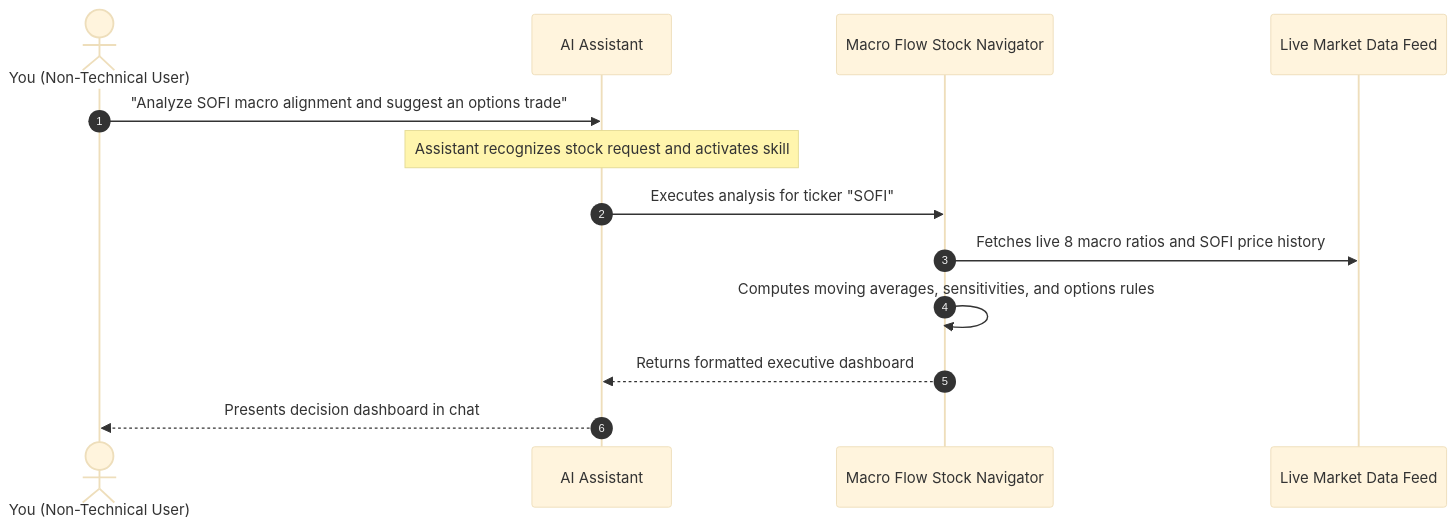
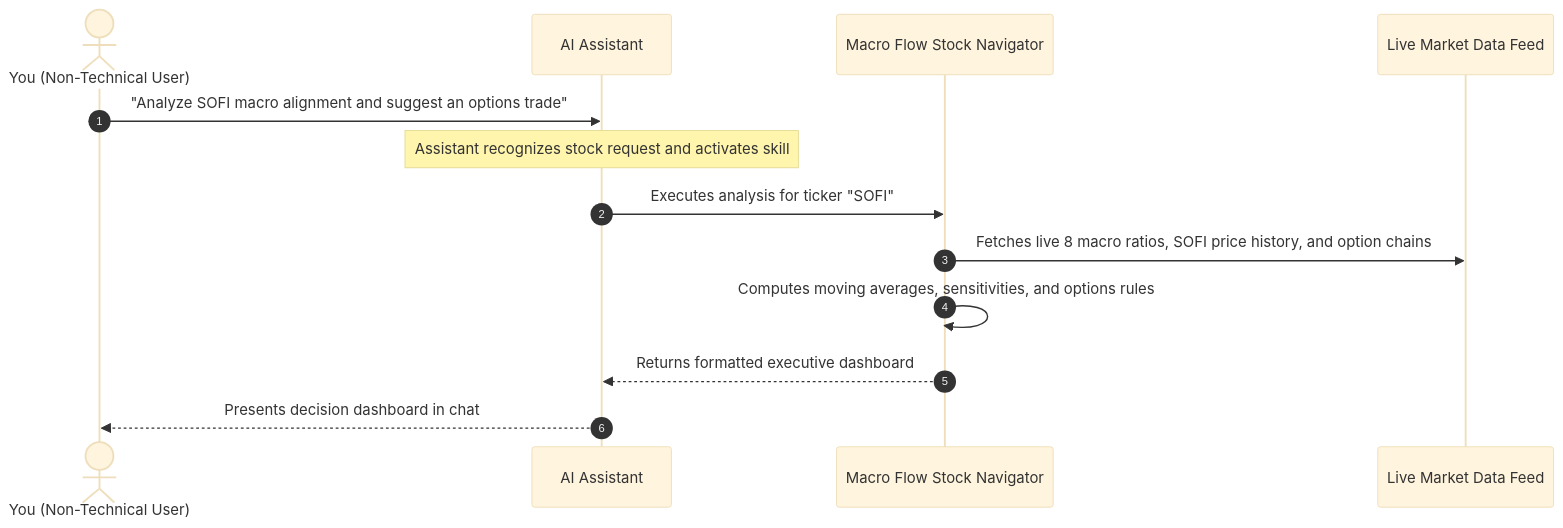
One commit to terravic/macro-flow-stock-navigator-skill changed the diagram in README.md. Above: the diagram before and after it, drawn with Mermaid (base theme). The commit also changed other lines of this file and 10 other files, not shown here.

````diff
--- a/README.md
+++ b/README.md
@@ -81,16 +85,16 @@
 ```mermaid
 sequenceDiagram
     autonumber
     actor User as You (Non-Technical User)
     participant Agent as AI Assistant
     participant Tool as Macro Flow Stock Navigator
     participant Feed as Live Market Data Feed
     
     User->>Agent: "Analyze SOFI macro alignment and suggest an options trade"
     Note over Agent: Assistant recognizes stock request and activates skill
     Agent->>Tool: Executes analysis for ticker "SOFI"
-    Tool->>Feed: Fetches live 8 macro ratios and SOFI price history
+    Tool->>Feed: Fetches live 8 macro ratios, SOFI price history, and option chains
     Tool->>Tool: Computes moving averages, sensitivities, and options rules
     Tool-->>Agent: Returns formatted executive dashboard
     Agent-->>User: Presents decision dashboard in chat
 ```
````
